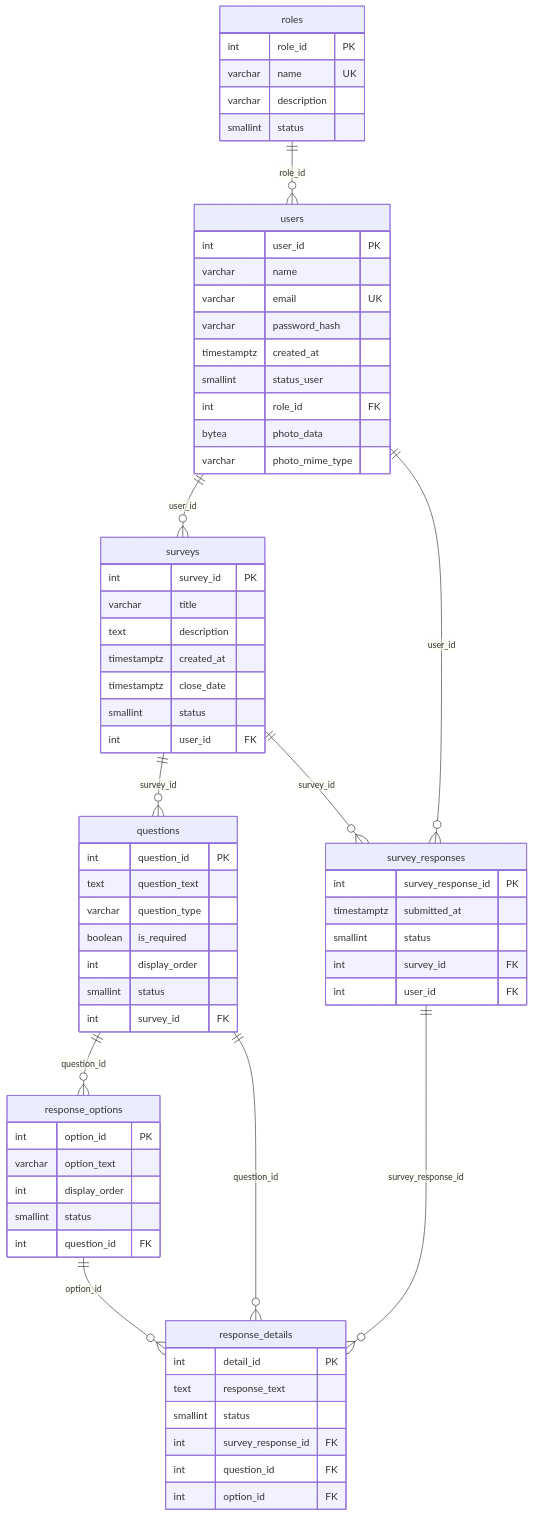
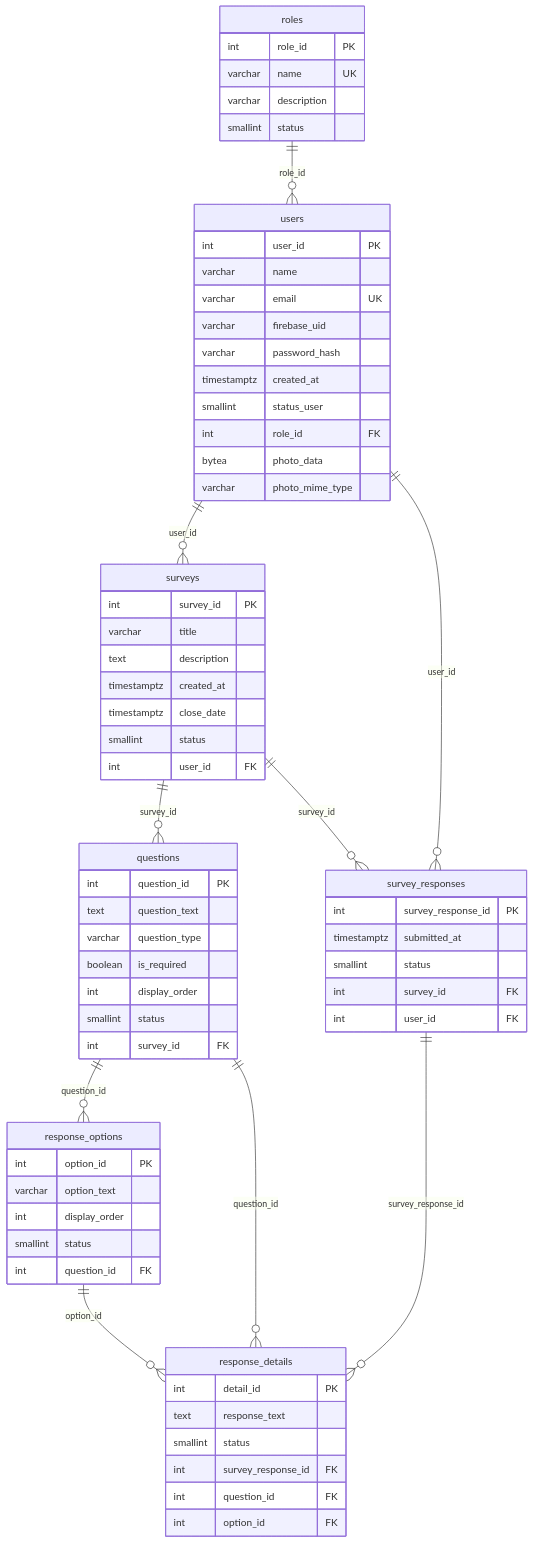
Before and after one commit to DAVMARTZ/Proyecto_Encuestas: the third of 4 diagrams in DEV3.MD, drawn with Mermaid. The commit also changed other lines of this file and 5 other files, not shown here.

````diff
--- a/DEV3.MD
+++ b/DEV3.MD
@@ -122,76 +121,77 @@
 ```mermaid
 erDiagram
     roles ||--o{ users : "role_id"
     users ||--o{ surveys : "user_id"
     users ||--o{ survey_responses : "user_id"
     surveys ||--o{ questions : "survey_id"
     surveys ||--o{ survey_responses : "survey_id"
     questions ||--o{ response_options : "question_id"
     questions ||--o{ response_details : "question_id"
     survey_responses ||--o{ response_details : "survey_response_id"
     response_options ||--o{ response_details : "option_id"
 
     roles {
         int role_id PK
         varchar name UK
         varchar description
         smallint status
     }
 
     users {
         int user_id PK
         varchar name
         varchar email UK
+        varchar firebase_uid
         varchar password_hash
         timestamptz created_at
         smallint status_user
         int role_id FK
         bytea photo_data
         varchar photo_mime_type
     }
 
     surveys {
         int survey_id PK
         varchar title
         text description
         timestamptz created_at
         timestamptz close_date
         smallint status
         int user_id FK
     }
 
     questions {
         int question_id PK
         text question_text
         varchar question_type
         boolean is_required
         int display_order
         smallint status
         int survey_id FK
     }
 
     response_options {
         int option_id PK
         varchar option_text
         int display_order
         smallint status
         int question_id FK
     }
 
     survey_responses {
         int survey_response_id PK
         timestamptz submitted_at
         smallint status
         int survey_id FK
         int user_id FK
     }
 
     response_details {
         int detail_id PK
         text response_text
         smallint status
         int survey_response_id FK
         int question_id FK
         int option_id FK
     }
 ```
````
